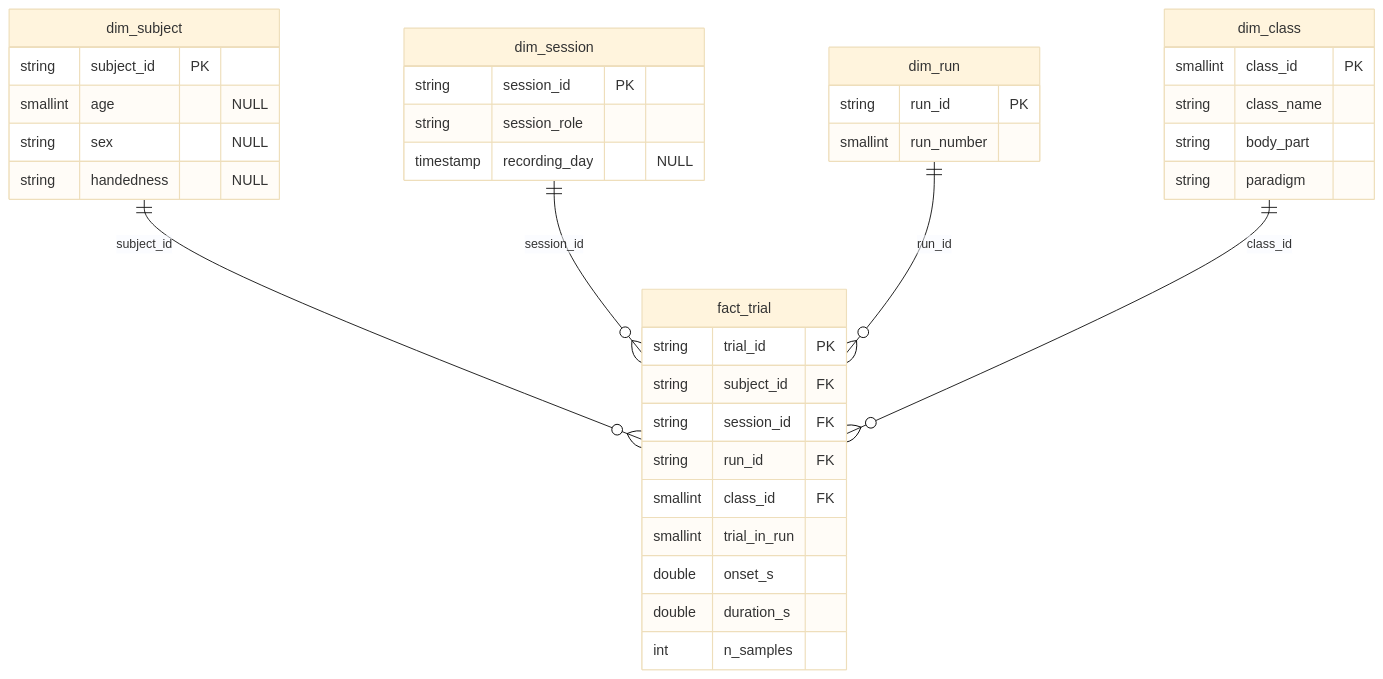
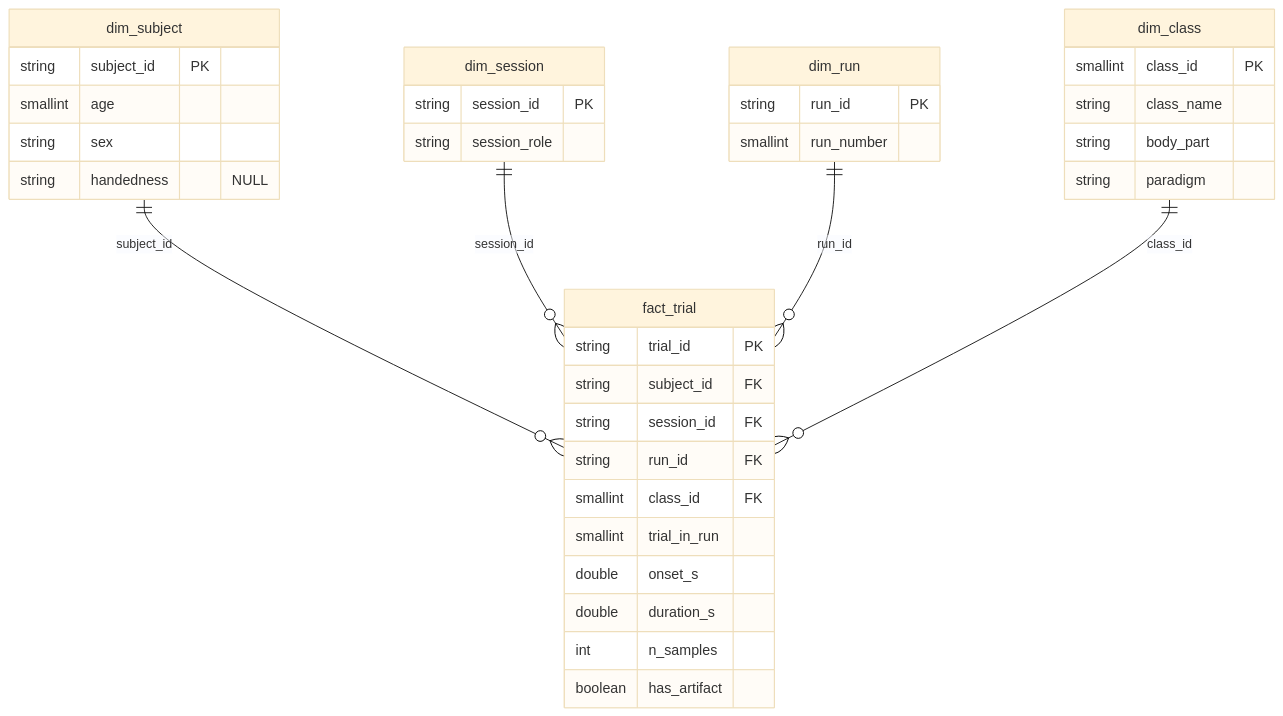
One commit to kafb04/data-engineering-multimodal-ai changed the diagram in README.md. Above: the diagram before and after it, drawn with Mermaid (base theme). The commit also changed other lines of this file and 17 other files, not shown here.

````diff
--- a/README.md
+++ b/README.md
@@ -166,40 +171,40 @@
 ```mermaid
 erDiagram
     dim_subject ||--o{ fact_trial : subject_id
     dim_session ||--o{ fact_trial : session_id
     dim_run     ||--o{ fact_trial : run_id
     dim_class   ||--o{ fact_trial : class_id
 
     fact_trial {
         string   trial_id PK
         string   subject_id FK
         string   session_id FK
         string   run_id FK
         smallint class_id FK
         smallint trial_in_run
         double   onset_s
         double   duration_s
         int      n_samples
+        boolean  has_artifact
     }
     dim_subject {
         string   subject_id PK
-        smallint age "NULL"
-        string   sex "NULL"
+        smallint age
+        string   sex
         string   handedness "NULL"
     }
     dim_class {
         smallint class_id PK
         string   class_name
         string   body_part
         string   paradigm
     }
     dim_session {
-        string    session_id PK
-        string    session_role
-        timestamp recording_day "NULL"
+        string   session_id PK
+        string   session_role
     }
     dim_run {
         string   run_id PK
         smallint run_number
     }
 ```
````
